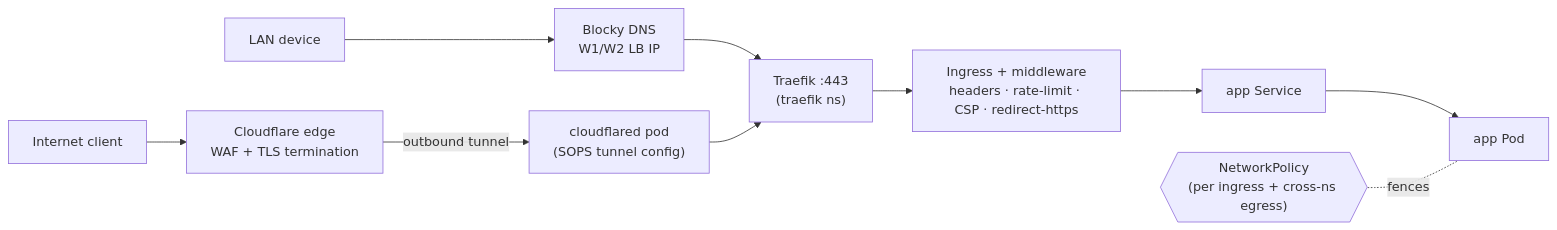
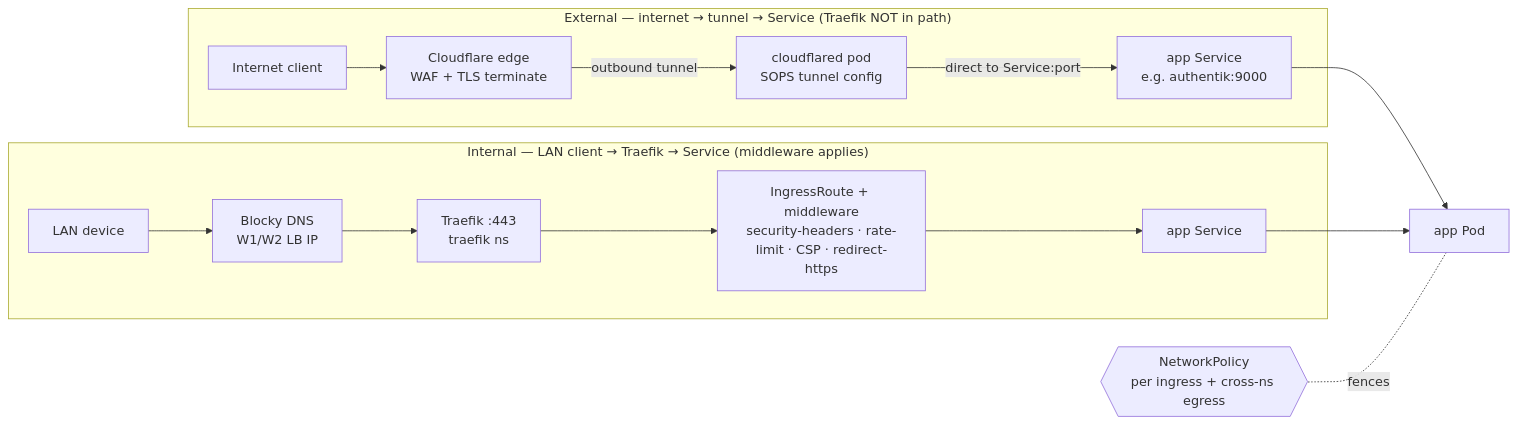
The third of 4 diagrams in docs/ARCHITECTURE.md (AKhozya/homelab), drawn with Mermaid before and after one commit. The commit also changed other lines of this file and 1 other file, not shown here.

Commit message:
docs: ARCHITECTURE.md cut-corner pass — fix CF tunnel traffic path (bypasses Traefik), soften default-deny phrasing, add failure-modes table + omitted-detail notes; CLAUDE.md 17→16 apps

````diff
--- a/docs/ARCHITECTURE.md
+++ b/docs/ARCHITECTURE.md
@@ -68,12 +68,17 @@
 ```mermaid
 flowchart LR
-  U1["Internet client"] --> CF["Cloudflare edge<br/>WAF + TLS termination"]
-  CF -->|"outbound tunnel"| CFD["cloudflared pod<br/>(SOPS tunnel config)"]
-  U2["LAN device"] --> BL["Blocky DNS<br/>W1/W2 LB IP"]
-  BL --> TR
-  CFD --> TR["Traefik :443<br/>(traefik ns)"]
-  TR --> ING["Ingress + middleware<br/>headers · rate-limit · CSP · redirect-https"]
-  ING --> SVC["app Service"]
-  SVC --> POD["app Pod"]
-  NP{{"NetworkPolicy<br/>(per ingress + cross-ns egress)"}} -. fences .- POD
+  subgraph EXT["External — internet → tunnel → Service (Traefik NOT in path)"]
+    U1["Internet client"] --> CF["Cloudflare edge<br/>WAF + TLS terminate"]
+    CF -->|"outbound tunnel"| CFD["cloudflared pod<br/>SOPS tunnel config"]
+    CFD -->|"direct to Service:port"| SVCE["app Service<br/>e.g. authentik:9000"]
+  end
+  subgraph INT["Internal — LAN client → Traefik → Service (middleware applies)"]
+    U2["LAN device"] --> BL["Blocky DNS<br/>W1/W2 LB IP"]
+    BL --> TR["Traefik :443<br/>traefik ns"]
+    TR --> ING["IngressRoute + middleware<br/>security-headers · rate-limit · CSP · redirect-https"]
+    ING --> SVCI["app Service"]
+  end
+  SVCE --> POD["app Pod"]
+  SVCI --> POD
+  NP{{"NetworkPolicy<br/>per ingress + cross-ns egress"}} -. fences .- POD
 ```
````
